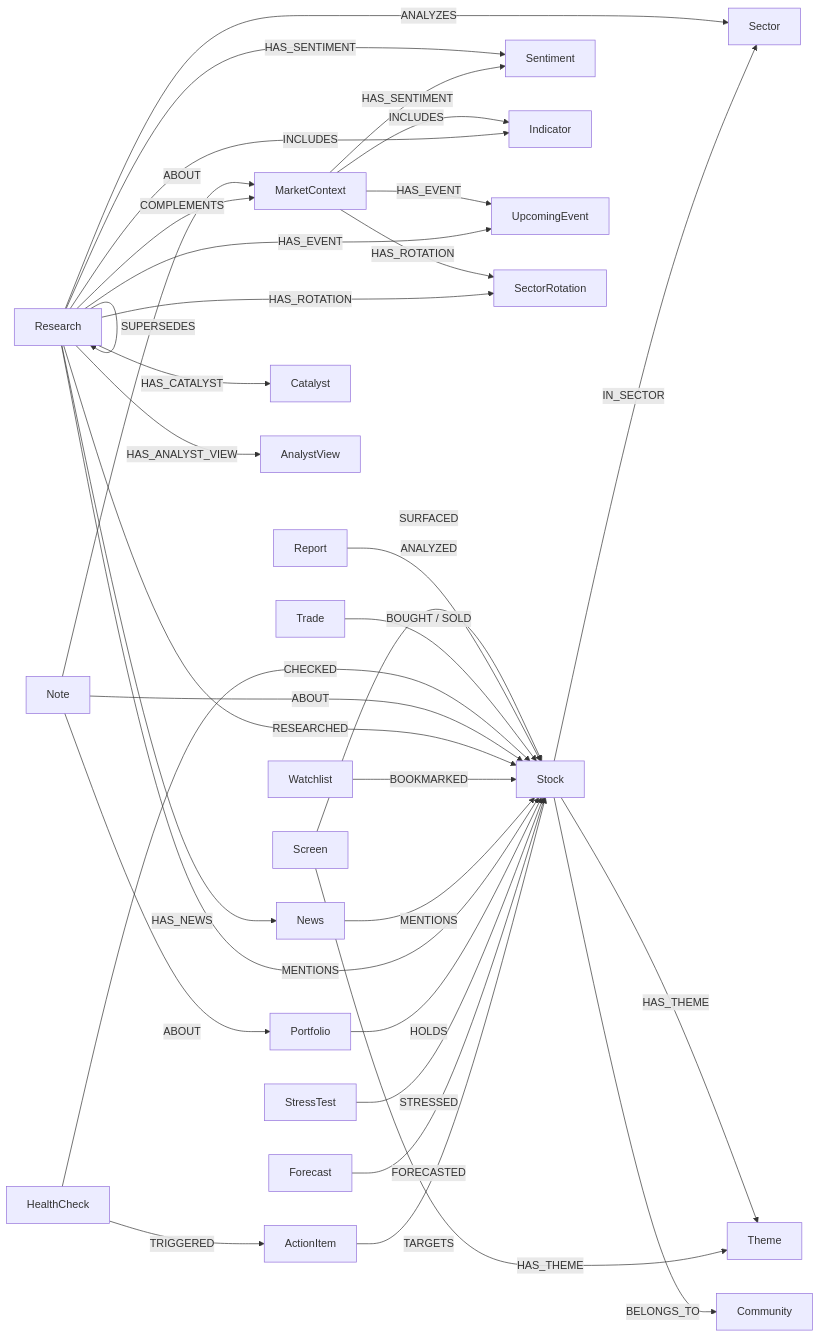
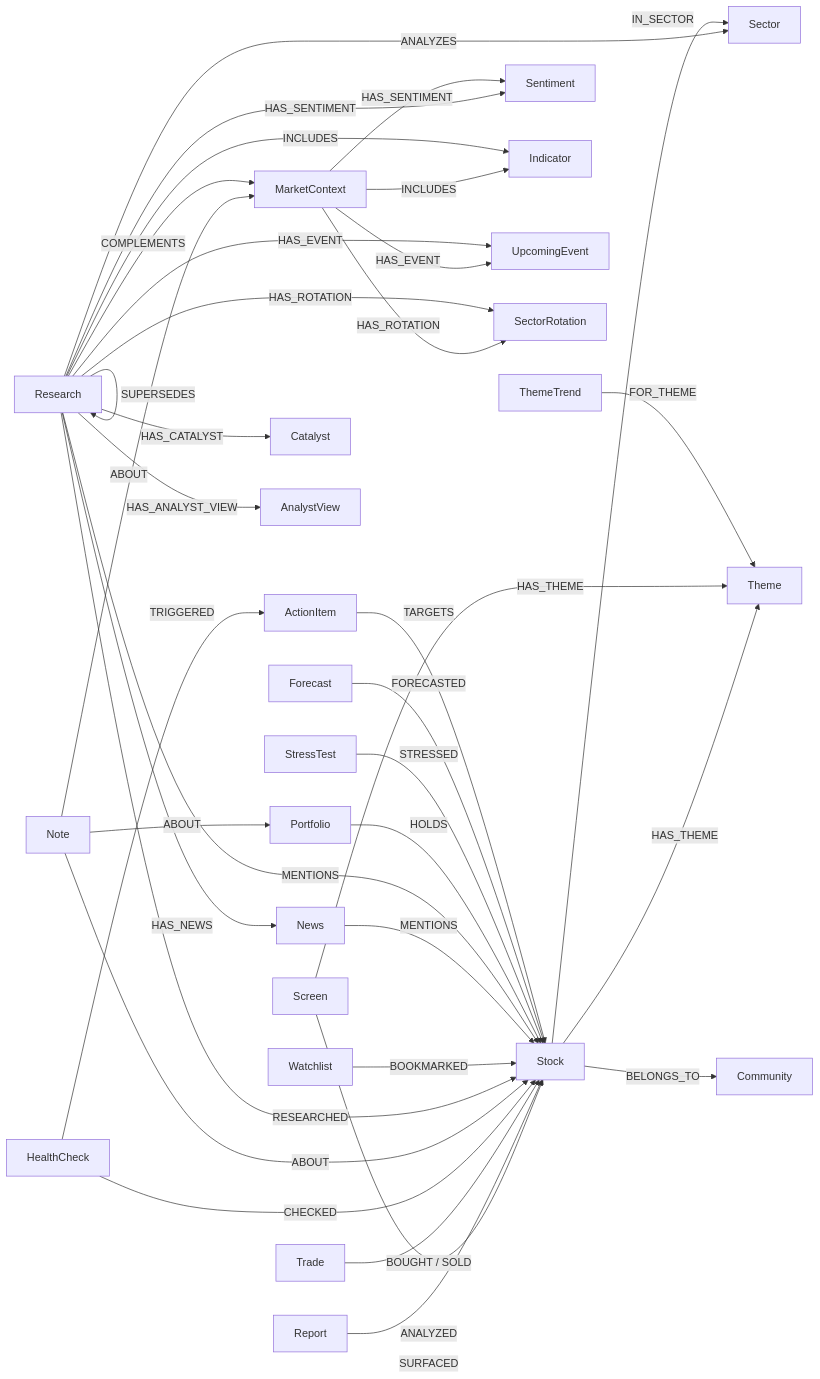
Before and after one commit to kiyotoab-bot/stock_skills_2: the diagram in docs/neo4j-schema.md, drawn with Mermaid. The commit also changed other lines of this file and 13 other files, not shown here.

First line of the commit message:
Add ThemeTrend recording and theme history queries (KIK-603)

````diff
--- a/docs/neo4j-schema.md
+++ b/docs/neo4j-schema.md
@@ -264,37 +277,38 @@
 ```mermaid
 graph LR
     Screen -- SURFACED --> Stock
     Report -- ANALYZED --> Stock
     Trade -- "BOUGHT / SOLD" --> Stock
     HealthCheck -- CHECKED --> Stock
     Note -- ABOUT --> Stock
     Note -- ABOUT --> Portfolio
     Note -- ABOUT --> MarketContext
     Research -- RESEARCHED --> Stock
     Research -- ANALYZES --> Sector
     Research -- COMPLEMENTS --> MarketContext
     Watchlist -- BOOKMARKED --> Stock
     Stock -- IN_SECTOR --> Sector
     Stock -- HAS_THEME --> Theme
     Screen -- HAS_THEME --> Theme
     Research -- SUPERSEDES --> Research
     Research -- HAS_NEWS --> News
     News -- MENTIONS --> Stock
     Research -- HAS_SENTIMENT --> Sentiment
     Research -- HAS_CATALYST --> Catalyst
     Research -- HAS_ANALYST_VIEW --> AnalystView
     MarketContext -- INCLUDES --> Indicator
     MarketContext -- HAS_EVENT --> UpcomingEvent
     MarketContext -- HAS_ROTATION --> SectorRotation
     MarketContext -- HAS_SENTIMENT --> Sentiment
     Research -- HAS_EVENT --> UpcomingEvent
     Research -- HAS_ROTATION --> SectorRotation
     Research -- INCLUDES --> Indicator
     Research -- MENTIONS --> Stock
     Portfolio -- HOLDS --> Stock
     StressTest -- STRESSED --> Stock
     Forecast -- FORECASTED --> Stock
     ActionItem -- TARGETS --> Stock
     HealthCheck -- TRIGGERED --> ActionItem
     Stock -- BELONGS_TO --> Community
+    ThemeTrend -- FOR_THEME --> Theme
 ```
````
